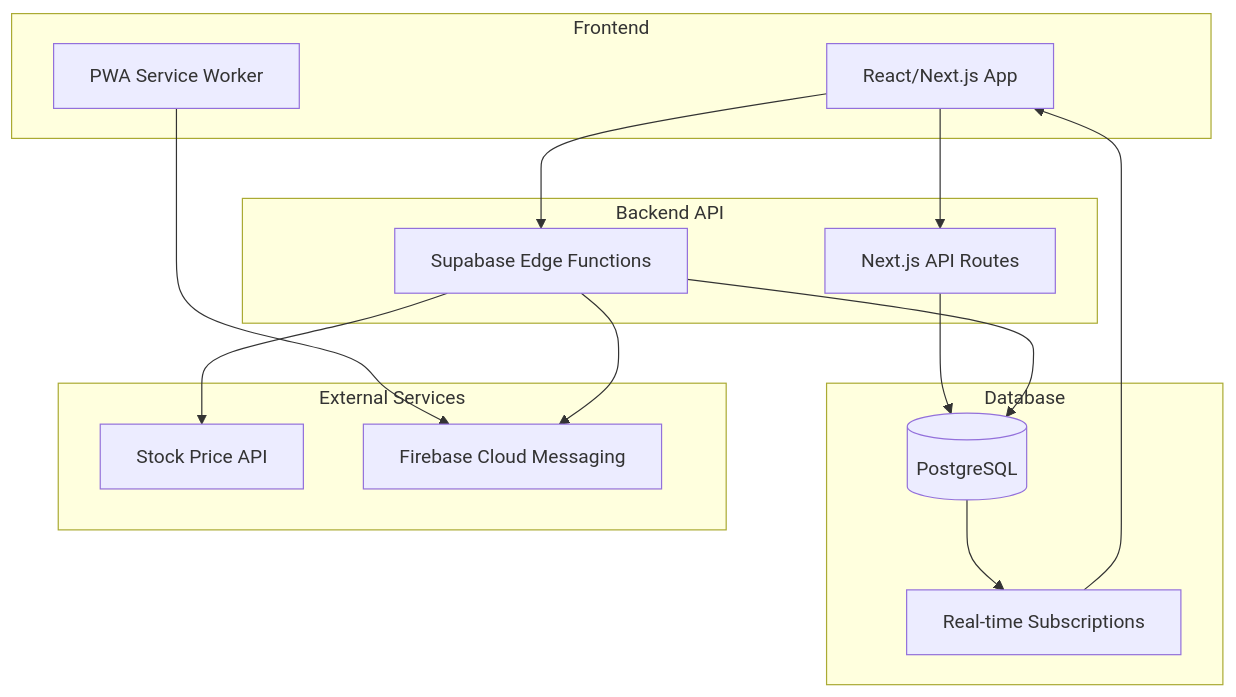
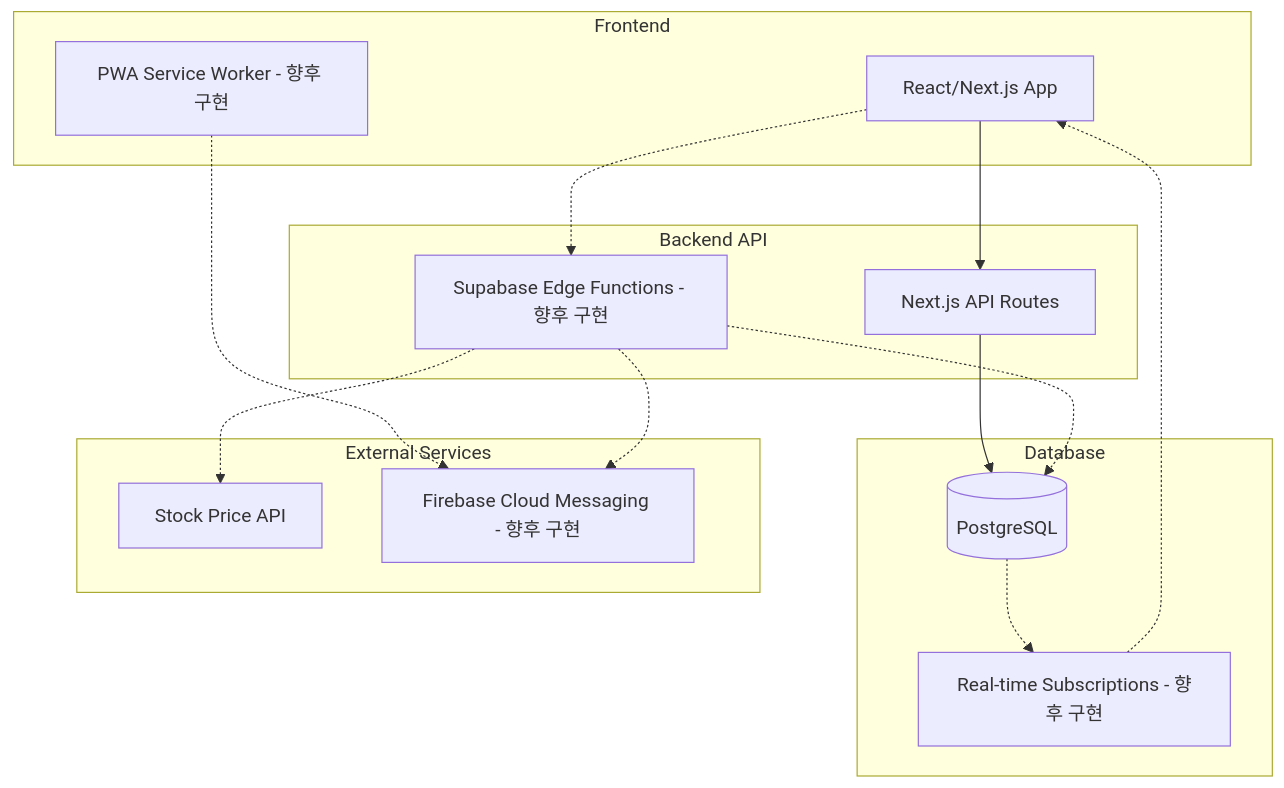
Before and after one commit to wnltns/stock-alert: the first of 9 diagrams in docs/database-diagrams.md, drawn with Mermaid. The commit also changed other lines of this file and 21 other files, not shown here.

````diff
--- a/docs/database-diagrams.md
+++ b/docs/database-diagrams.md
@@ -5,32 +7,32 @@
 ```mermaid
 graph TB
     subgraph "Frontend"
         A[React/Next.js App]
-        B[PWA Service Worker]
+        B[PWA Service Worker - 향후 구현]
     end
     
     subgraph "Backend API"
         C[Next.js API Routes]
-        D[Supabase Edge Functions]
+        D[Supabase Edge Functions - 향후 구현]
     end
     
     subgraph "Database"
         E[(PostgreSQL)]
-        F[Real-time Subscriptions]
+        F[Real-time Subscriptions - 향후 구현]
     end
     
     subgraph "External Services"
         G[Stock Price API]
-        H[Firebase Cloud Messaging]
+        H[Firebase Cloud Messaging - 향후 구현]
     end
     
     A --> C
-    A --> D
-    B --> H
+    A -.-> D
+    B -.-> H
     C --> E
-    D --> E
-    D --> G
-    D --> H
-    E --> F
-    F --> A
+    D -.-> E
+    D -.-> G
+    D -.-> H
+    E -.-> F
+    F -.-> A
 ```
````
